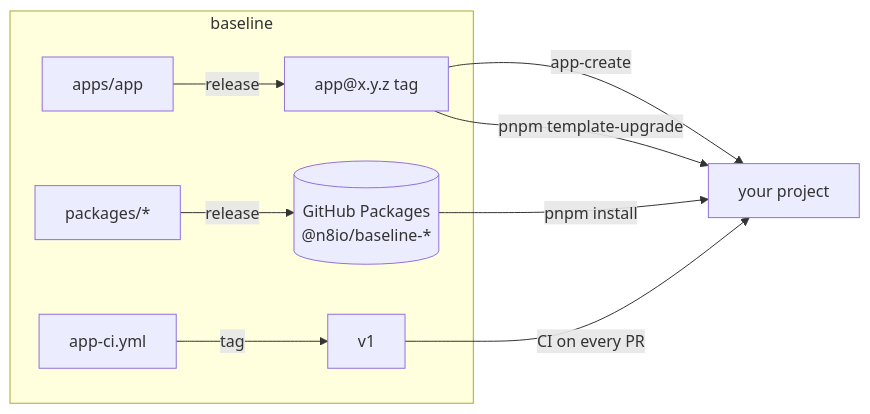
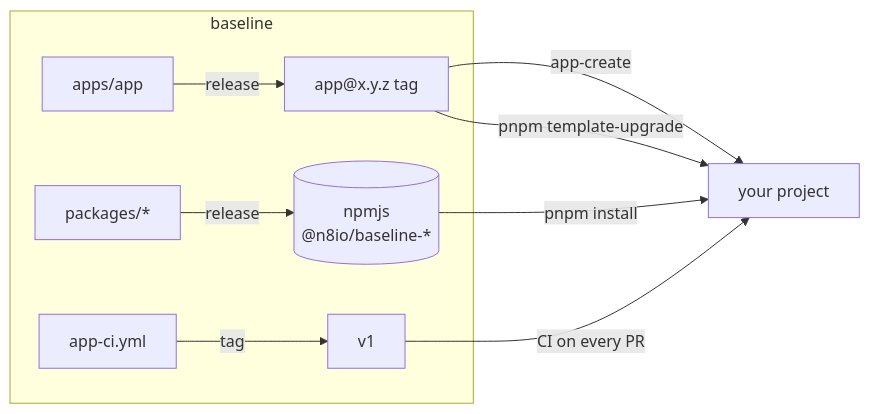
One commit to n8io/baseline changed the diagram in README.md. Above: the diagram before and after it, drawn with Mermaid. The commit also changed other lines of this file and 25 other files, not shown here.

First line of the commit message:
📦 Publish the baseline packages publicly on npmjs (#174)

````diff
--- a/README.md
+++ b/README.md
@@ -11,12 +11,12 @@
 ```mermaid
 flowchart LR
   subgraph baseline
-    P["packages/*"] -->|release| GP[("GitHub Packages<br/>@n8io/baseline-*")]
+    P["packages/*"] -->|release| GP[("npmjs<br/>@n8io/baseline-*")]
     T["apps/app"] -->|release| R["app@x.y.z tag"]
     W["app-ci.yml"] -->|tag| V1["v1"]
   end
   R -->|app-create| Y["your project"]
   R -->|pnpm template-upgrade| Y
   GP -->|pnpm install| Y
   V1 -->|CI on every PR| Y
 ```
````
